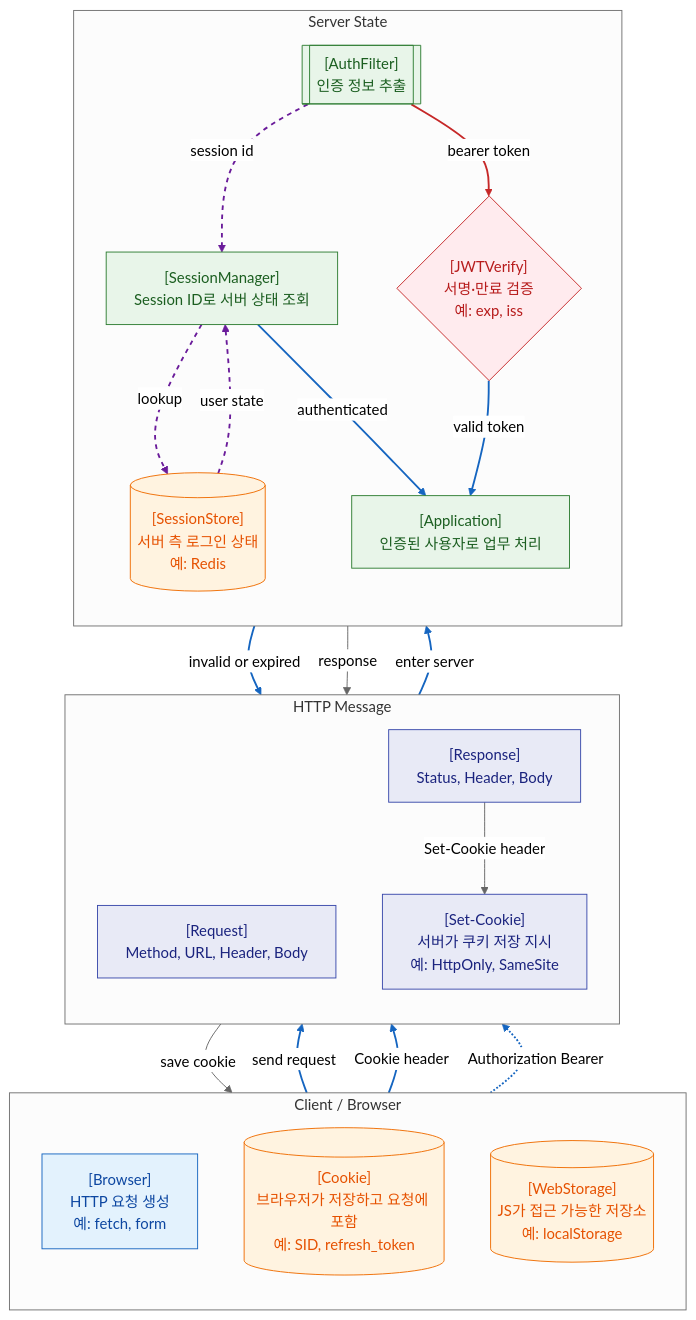
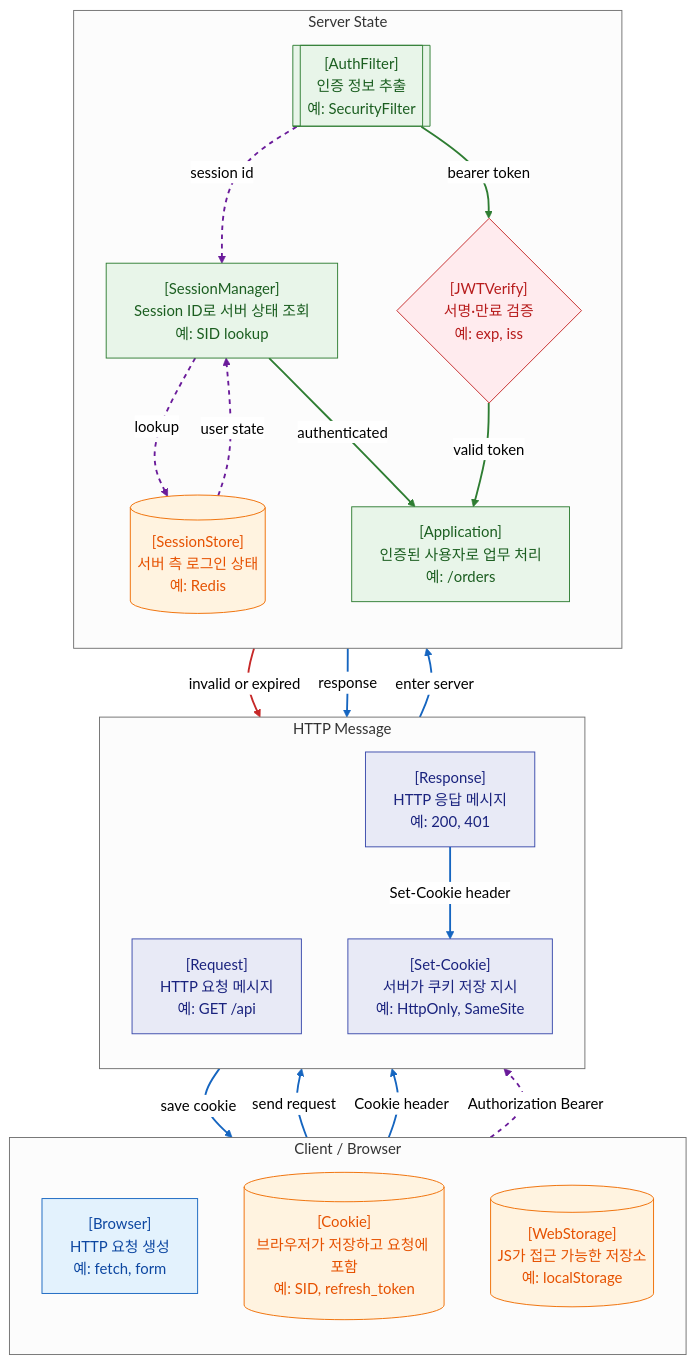
The diagram in content/Web-지도/10. HTTP, Cookie, Session, JWT 지도.md (thisis-joe/thisis-joe.github.io), drawn with Mermaid (neutral theme) before and after one commit. The commit also changed other lines of this file and 595 other files, not shown here.

````diff
--- a/content/Web-지도/10. HTTP, Cookie, Session, JWT 지도.md
+++ b/content/Web-지도/10. HTTP, Cookie, Session, JWT 지도.md
@@ -14,57 +14,58 @@
 ```mermaid
 flowchart TB
 
 subgraph CLIENT["Client / Browser"]
 direction TB
 BROWSER["[Browser]<br/>HTTP 요청 생성<br/>예: fetch, form"]
 COOKIE[("[Cookie]<br/>브라우저가 저장하고 요청에 포함<br/>예: SID, refresh_token")]
 STORAGE[("[WebStorage]<br/>JS가 접근 가능한 저장소<br/>예: localStorage")]
 end
 
 subgraph HTTP_LAYER["HTTP Message"]
 direction TB
-REQ["[Request]<br/>Method, URL, Header, Body"]
-RESP["[Response]<br/>Status, Header, Body"]
+REQ["[Request]<br/>HTTP 요청 메시지<br/>예: GET /api"]
+RESP["[Response]<br/>HTTP 응답 메시지<br/>예: 200, 401"]
 SETCOOKIE["[Set-Cookie]<br/>서버가 쿠키 저장 지시<br/>예: HttpOnly, SameSite"]
 end
 
 subgraph SERVER_STATE["Server State"]
 direction TB
-FILTER[["[AuthFilter]<br/>인증 정보 추출"]]
-SESSION["[SessionManager]<br/>Session ID로 서버 상태 조회"]
+FILTER[["[AuthFilter]<br/>인증 정보 추출<br/>예: SecurityFilter"]]
+SESSION["[SessionManager]<br/>Session ID로 서버 상태 조회<br/>예: SID lookup"]
 STORE[("[SessionStore]<br/>서버 측 로그인 상태<br/>예: Redis")]
 JWTVERIFY{"[JWTVerify]<br/>서명·만료 검증<br/>예: exp, iss"}
-APP["[Application]<br/>인증된 사용자로 업무 처리"]
+APP["[Application]<br/>인증된 사용자로 업무 처리<br/>예: /orders"]
 end
 
 BROWSER -->|send request| REQ
 COOKIE -->|Cookie header| REQ
 STORAGE -.->|Authorization Bearer| REQ
 REQ -->|enter server| FILTER
 FILTER -->|session id| SESSION
 SESSION -.->|lookup| STORE
 STORE -.->|user state| SESSION
 FILTER -->|bearer token| JWTVERIFY
 SESSION -->|authenticated| APP
 JWTVERIFY -->|valid token| APP
 JWTVERIFY -->|invalid or expired| RESP
 APP -->|response| RESP
 RESP -->|Set-Cookie header| SETCOOKIE
 SETCOOKIE -->|save cookie| COOKIE
 
 classDef client fill:#E3F2FD,stroke:#1565C0,color:#0D47A1;
 classDef server fill:#E8F5E9,stroke:#2E7D32,color:#1B5E20;
 classDef data fill:#FFF3E0,stroke:#EF6C00,color:#E65100;
 classDef security fill:#FFEBEE,stroke:#C62828,color:#B71C1C;
 classDef response fill:#E8EAF6,stroke:#3949AB,color:#1A237E;
 
 class BROWSER client;
 class COOKIE,STORAGE,STORE data;
 class FILTER,SESSION,APP server;
 class JWTVERIFY security;
 class REQ,RESP,SETCOOKIE response;
 
-linkStyle 0,1,2,3,8,9,10 stroke:#1565C0,stroke-width:2px;
-linkStyle 4,5,6 stroke:#6A1B9A,stroke-width:2px,stroke-dasharray:5 5;
-linkStyle 7 stroke:#C62828,stroke-width:2px;
+linkStyle 0,1,3,11,12,13 stroke:#1565C0,stroke-width:2px;
+linkStyle 2,4,5,6 stroke:#6A1B9A,stroke-width:2px,stroke-dasharray:5 5;
+linkStyle 7,8,9 stroke:#2E7D32,stroke-width:2px;
+linkStyle 10 stroke:#C62828,stroke-width:2px;
 ```
````
